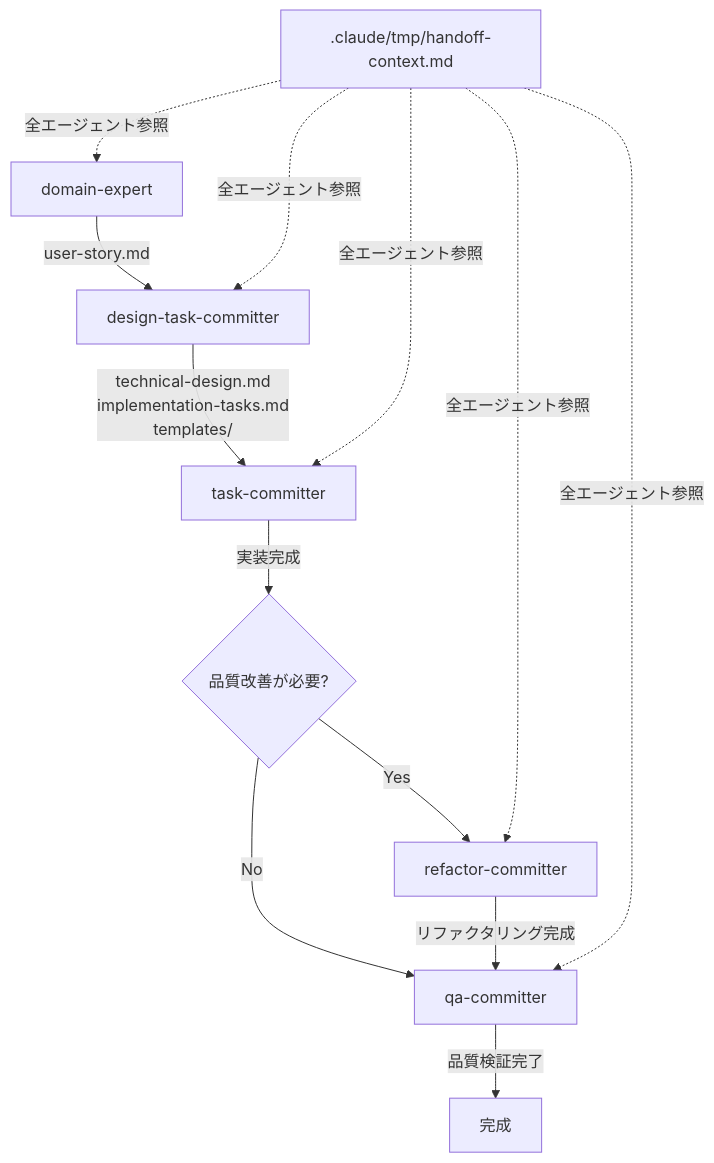
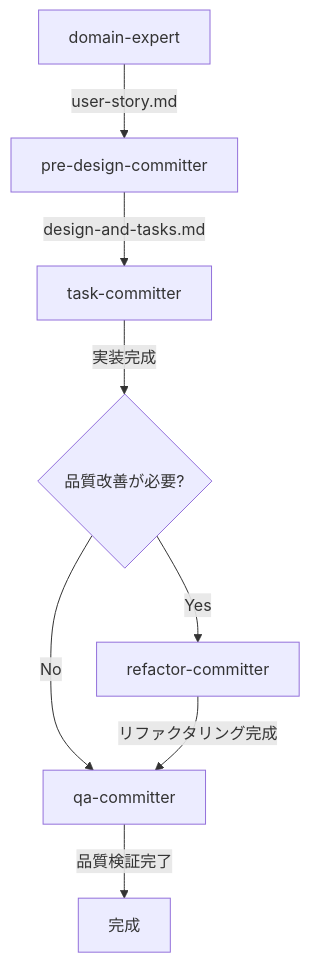
The diagram in CLAUDE.md (haru01/take8_effect_ddd_sample), drawn with Mermaid before and after one commit. The commit also changed other lines of this file and 6 other files, not shown here.

````diff
--- a/CLAUDE.md
+++ b/CLAUDE.md
@@ -749,16 +752,11 @@
 ```mermaid
 graph TD
-    A[domain-expert] -->|user-story.md| B[design-task-committer]
-    B -->|technical-design.md<br/>implementation-tasks.md<br/>templates/| C[task-committer]
+    A[domain-expert] -->|user-story.md| B[pre-design-committer]
+    B -->|design-and-tasks.md| C[task-committer]
     C -->|実装完成| D{品質改善が必要?}
     D -->|Yes| E[refactor-committer]
     D -->|No| F[qa-committer]
     E -->|リファクタリング完成| F[qa-committer]
     F -->|品質検証完了| G[完成]
-    
-    H[.claude/tmp/handoff-context.md] -.->|全エージェント参照| A
-    H -.->|全エージェント参照| B
-    H -.->|全エージェント参照| C
-    H -.->|全エージェント参照| E
-    H -.->|全エージェント参照| F
+
 ```
````
